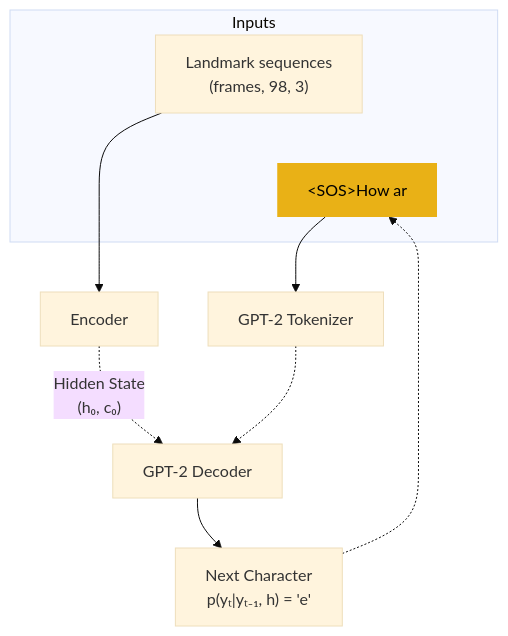
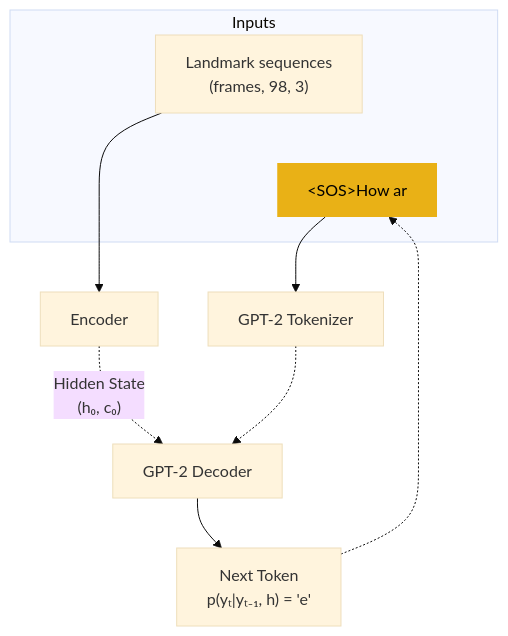
One commit to farahpiralic/ASLens-Test changed the fifth of 5 diagrams in README.md. Above: the diagram before and after it, drawn with Mermaid (base theme). The commit also changed other lines of this file, not shown here.

````diff
--- a/README.md
+++ b/README.md
@@ -156,20 +156,20 @@
 ```mermaid
 
 graph TD
 subgraph Inputs
 	A["Landmark sequences<br>(frames, 98, 3)"]
 	T["#lt;SOS#gt;How ar"]
 	A ~~~ T
 end
 
 A --> B["Encoder"]
 
 B -.-> |"Hidden State<br>(h₀, c₀)"|C["GPT-2 Decoder"]
 T--> P["GPT-2 Tokenizer"]
 P -.-> C
 
-C --> F["Next Character<br>p(yₜ|yₜ₋₁, h) = 'e'"] -.-> T
+C --> F["Next Token<br>p(yₜ|yₜ₋₁, h) = 'e'"] -.-> T
 style T fill:#e9b116,stroke:none,color:black
 
 
 ```
````
